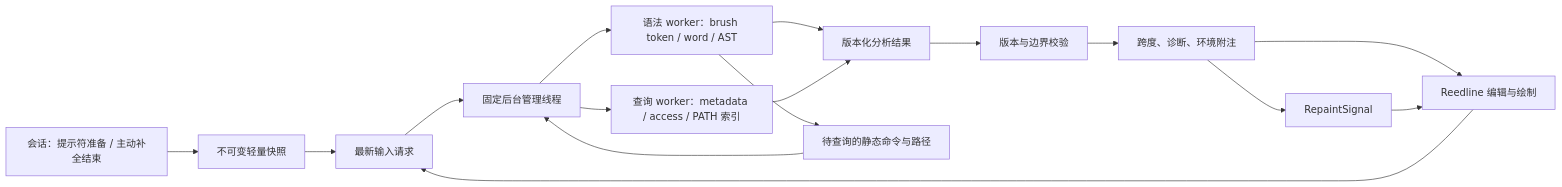
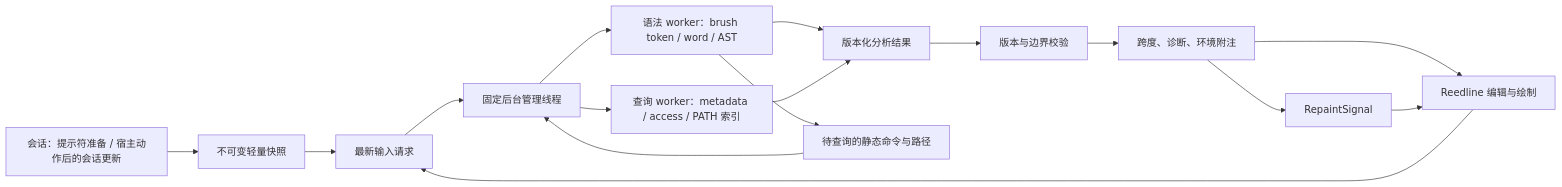
The diagram in docs/INPUT-ASSIST.md (NewFuture/nosh), drawn with Mermaid before and after one commit. The commit also changed other lines of this file and 48 other files, not shown here.

````diff
--- a/docs/INPUT-ASSIST.md
+++ b/docs/INPUT-ASSIST.md
@@ -27,18 +27,18 @@
 ```mermaid
 flowchart LR
-    S["会话：提示符准备 / 主动补全结束"] --> C["不可变轻量快照"]
+    S["会话：提示符准备 / 宿主动作后的会话更新"] --> C["不可变轻量快照"]
     E["Reedline 编辑与绘制"] --> M["最新输入请求"]
     C --> M
     M --> Q["固定后台管理线程"]
     Q --> P["语法 worker：brush token / word / AST"]
     P --> R["版本化分析结果"]
     P --> F["待查询的静态命令与路径"]
     F --> Q
     Q --> W["查询 worker：metadata / access / PATH 索引"]
     W --> R
     R --> V["版本与边界校验"]
     V --> H["跨度、诊断、环境附注"]
     H --> E
     H --> N["RepaintSignal"]
     N --> E
 ```
````
